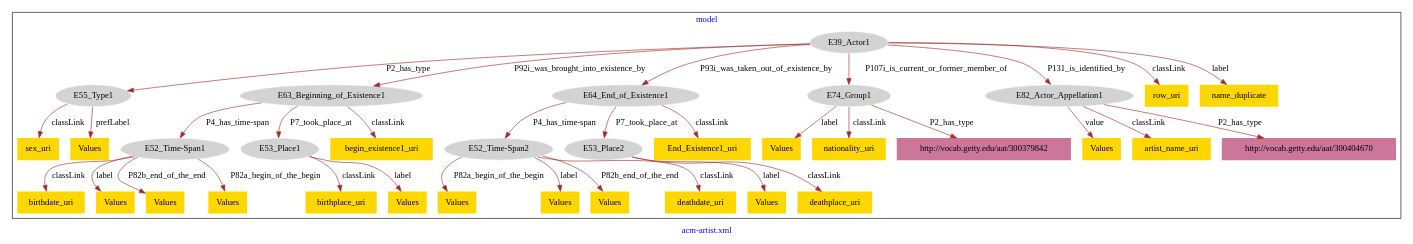
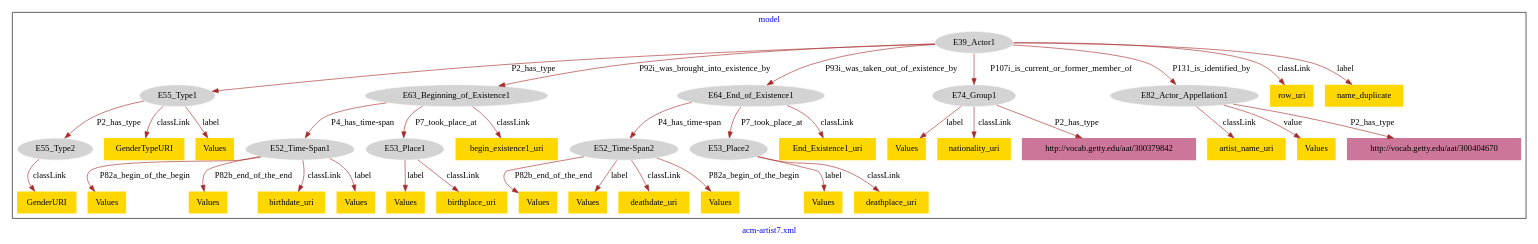
Before and after one commit to american-art/acm: the diagram in acm-artist/acm-artist-model.dot, drawn with Graphviz.

Commit message:
Update file acm-artist-model.dot

```diff
--- a/acm-artist/acm-artist-model.dot
+++ b/acm-artist/acm-artist-model.dot
@@ -1,75 +1,79 @@
 digraph n0 {
 fontcolor="blue"
 remincross="true"
-label="acm-artist.xml"
+label="acm-artist7.xml"
 subgraph cluster {
 label="model"
 n2[style="filled",color="white",fillcolor="lightgray",label="E39_Actor1"];
 n3[style="filled",color="white",fillcolor="lightgray",label="E55_Type1"];
 n4[style="filled",color="white",fillcolor="lightgray",label="E63_Beginning_of_Existence1"];
 n5[style="filled",color="white",fillcolor="lightgray",label="E64_End_of_Existence1"];
 n6[style="filled",color="white",fillcolor="lightgray",label="E74_Group1"];
 n7[style="filled",color="white",fillcolor="lightgray",label="E82_Actor_Appellation1"];
-n8[style="filled",color="white",fillcolor="lightgray",label="E52_Time-Span1"];
-n9[style="filled",color="white",fillcolor="lightgray",label="E53_Place1"];
-n10[style="filled",color="white",fillcolor="lightgray",label="E52_Time-Span2"];
-n11[style="filled",color="white",fillcolor="lightgray",label="E53_Place2"];
-n12[shape="plaintext",style="filled",fillcolor="gold",label="birthplace_uri"];
+n8[style="filled",color="white",fillcolor="lightgray",label="E55_Type2"];
+n9[style="filled",color="white",fillcolor="lightgray",label="E52_Time-Span1"];
+n10[style="filled",color="white",fillcolor="lightgray",label="E53_Place1"];
+n11[style="filled",color="white",fillcolor="lightgray",label="E52_Time-Span2"];
+n12[style="filled",color="white",fillcolor="lightgray",label="E53_Place2"];
 n13[shape="plaintext",style="filled",fillcolor="gold",label="Values"];
-n14[shape="plaintext",style="filled",fillcolor="gold",label="row_uri"];
-n15[shape="plaintext",style="filled",fillcolor="gold",label="Values"];
-n16[shape="plaintext",style="filled",fillcolor="gold",label="Values"];
-n17[shape="plaintext",style="filled",fillcolor="gold",label="birthdate_uri"];
+n14[shape="plaintext",style="filled",fillcolor="gold",label="Values"];
+n15[shape="plaintext",style="filled",fillcolor="gold",label="artist_name_uri"];
+n16[shape="plaintext",style="filled",fillcolor="gold",label="GenderTypeURI"];
+n17[shape="plaintext",style="filled",fillcolor="gold",label="Values"];
 n18[shape="plaintext",style="filled",fillcolor="gold",label="Values"];
-n19[shape="plaintext",style="filled",fillcolor="gold",label="sex_uri"];
-n20[shape="plaintext",style="filled",fillcolor="gold",label="name_duplicate"];
+n19[shape="plaintext",style="filled",fillcolor="gold",label="row_uri"];
+n20[shape="plaintext",style="filled",fillcolor="gold",label="Values"];
 n21[shape="plaintext",style="filled",fillcolor="gold",label="Values"];
-n22[shape="plaintext",style="filled",fillcolor="gold",label="Values"];
-n23[shape="plaintext",style="filled",fillcolor="gold",label="Values"];
-n24[shape="plaintext",style="filled",fillcolor="gold",label="Values"];
-n25[shape="plaintext",style="filled",fillcolor="gold",label="Values"];
-n26[shape="plaintext",style="filled",fillcolor="gold",label="deathplace_uri"];
+n22[shape="plaintext",style="filled",fillcolor="gold",label="End_Existence1_uri"];
+n23[shape="plaintext",style="filled",fillcolor="gold",label="begin_existence1_uri"];
+n24[shape="plaintext",style="filled",fillcolor="gold",label="deathplace_uri"];
+n25[shape="plaintext",style="filled",fillcolor="gold",label="name_duplicate"];
+n26[shape="plaintext",style="filled",fillcolor="gold",label="birthdate_uri"];
 n27[shape="plaintext",style="filled",fillcolor="gold",label="Values"];
 n28[shape="plaintext",style="filled",fillcolor="gold",label="Values"];
 n29[shape="plaintext",style="filled",fillcolor="gold",label="deathdate_uri"];
-n30[shape="plaintext",style="filled",fillcolor="gold",label="begin_existence1_uri"];
-n31[shape="plaintext",style="filled",fillcolor="gold",label="End_Existence1_uri"];
-n32[shape="plaintext",style="filled",fillcolor="gold",label="nationality_uri"];
-n33[shape="plaintext",style="filled",fillcolor="gold",label="artist_name_uri"];
-n34[shape="plaintext",style="filled",fillcolor="#CC7799",label="http://vocab.getty.edu/aat/300379842"];
-n35[shape="plaintext",style="filled",fillcolor="#CC7799",label="http://vocab.getty.edu/aat/300404670"];
+n30[shape="plaintext",style="filled",fillcolor="gold",label="Values"];
+n31[shape="plaintext",style="filled",fillcolor="gold",label="Values"];
+n32[shape="plaintext",style="filled",fillcolor="gold",label="birthplace_uri"];
+n33[shape="plaintext",style="filled",fillcolor="gold",label="Values"];
+n34[shape="plaintext",style="filled",fillcolor="gold",label="nationality_uri"];
+n35[shape="plaintext",style="filled",fillcolor="gold",label="GenderURI"];
+n36[shape="plaintext",style="filled",fillcolor="#CC7799",label="http://vocab.getty.edu/aat/300404670"];
+n37[shape="plaintext",style="filled",fillcolor="#CC7799",label="http://vocab.getty.edu/aat/300379842"];
 }
 n2 -> n3[color="brown",fontcolor="black",label="P2_has_type"]
 n2 -> n4[color="brown",fontcolor="black",label="P92i_was_brought_into_existence_by"]
 n2 -> n5[color="brown",fontcolor="black",label="P93i_was_taken_out_of_existence_by"]
 n2 -> n6[color="brown",fontcolor="black",label="P107i_is_current_or_former_member_of"]
 n2 -> n7[color="brown",fontcolor="black",label="P131_is_identified_by"]
-n4 -> n8[color="brown",fontcolor="black",label="P4_has_time-span"]
-n4 -> n9[color="brown",fontcolor="black",label="P7_took_place_at"]
-n5 -> n10[color="brown",fontcolor="black",label="P4_has_time-span"]
-n5 -> n11[color="brown",fontcolor="black",label="P7_took_place_at"]
-n9 -> n12[color="brown",fontcolor="black",label="classLink"]
-n10 -> n13[color="brown",fontcolor="black",label="P82a_begin_of_the_begin"]
-n2 -> n14[color="brown",fontcolor="black",label="classLink"]
-n7 -> n15[color="brown",fontcolor="black",label="value"]
-n10 -> n16[color="brown",fontcolor="black",label="label"]
-n8 -> n17[color="brown",fontcolor="black",label="classLink"]
-n8 -> n18[color="brown",fontcolor="black",label="label"]
-n3 -> n19[color="brown",fontcolor="black",label="classLink"]
-n2 -> n20[color="brown",fontcolor="black",label="label"]
-n3 -> n21[color="brown",fontcolor="black",label="prefLabel"]
-n6 -> n22[color="brown",fontcolor="black",label="label"]
-n10 -> n23[color="brown",fontcolor="black",label="P82b_end_of_the_end"]
-n11 -> n24[color="brown",fontcolor="black",label="label"]
-n8 -> n25[color="brown",fontcolor="black",label="P82b_end_of_the_end"]
-n11 -> n26[color="brown",fontcolor="black",label="classLink"]
-n8 -> n27[color="brown",fontcolor="black",label="P82a_begin_of_the_begin"]
-n9 -> n28[color="brown",fontcolor="black",label="label"]
-n10 -> n29[color="brown",fontcolor="black",label="classLink"]
-n4 -> n30[color="brown",fontcolor="black",label="classLink"]
-n5 -> n31[color="brown",fontcolor="black",label="classLink"]
-n6 -> n32[color="brown",fontcolor="black",label="classLink"]
-n7 -> n33[color="brown",fontcolor="black",label="classLink"]
-n6 -> n34[color="brown",fontcolor="black",label="P2_has_type"]
-n7 -> n35[color="brown",fontcolor="black",label="P2_has_type"]
+n3 -> n8[color="brown",fontcolor="black",label="P2_has_type"]
+n4 -> n9[color="brown",fontcolor="black",label="P4_has_time-span"]
+n4 -> n10[color="brown",fontcolor="black",label="P7_took_place_at"]
+n5 -> n11[color="brown",fontcolor="black",label="P4_has_time-span"]
+n5 -> n12[color="brown",fontcolor="black",label="P7_took_place_at"]
+n11 -> n13[color="brown",fontcolor="black",label="P82b_end_of_the_end"]
+n11 -> n14[color="brown",fontcolor="black",label="label"]
+n7 -> n15[color="brown",fontcolor="black",label="classLink"]
+n3 -> n16[color="brown",fontcolor="black",label="classLink"]
+n9 -> n17[color="brown",fontcolor="black",label="P82a_begin_of_the_begin"]
+n7 -> n18[color="brown",fontcolor="black",label="value"]
+n2 -> n19[color="brown",fontcolor="black",label="classLink"]
+n12 -> n20[color="brown",fontcolor="black",label="label"]
+n9 -> n21[color="brown",fontcolor="black",label="P82b_end_of_the_end"]
+n5 -> n22[color="brown",fontcolor="black",label="classLink"]
+n4 -> n23[color="brown",fontcolor="black",label="classLink"]
+n12 -> n24[color="brown",fontcolor="black",label="classLink"]
+n2 -> n25[color="brown",fontcolor="black",label="label"]
+n9 -> n26[color="brown",fontcolor="black",label="classLink"]
+n10 -> n27[color="brown",fontcolor="black",label="label"]
+n3 -> n28[color="brown",fontcolor="black",label="label"]
+n11 -> n29[color="brown",fontcolor="black",label="classLink"]
+n9 -> n30[color="brown",fontcolor="black",label="label"]
+n11 -> n31[color="brown",fontcolor="black",label="P82a_begin_of_the_begin"]
+n10 -> n32[color="brown",fontcolor="black",label="classLink"]
+n6 -> n33[color="brown",fontcolor="black",label="label"]
+n6 -> n34[color="brown",fontcolor="black",label="classLink"]
+n8 -> n35[color="brown",fontcolor="black",label="classLink"]
+n7 -> n36[color="brown",fontcolor="black",label="P2_has_type"]
+n6 -> n37[color="brown",fontcolor="black",label="P2_has_type"]
 }
```
